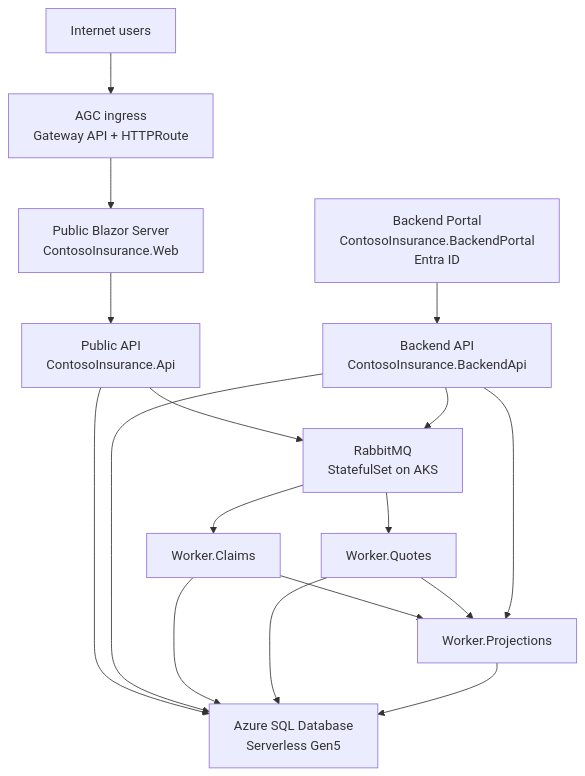
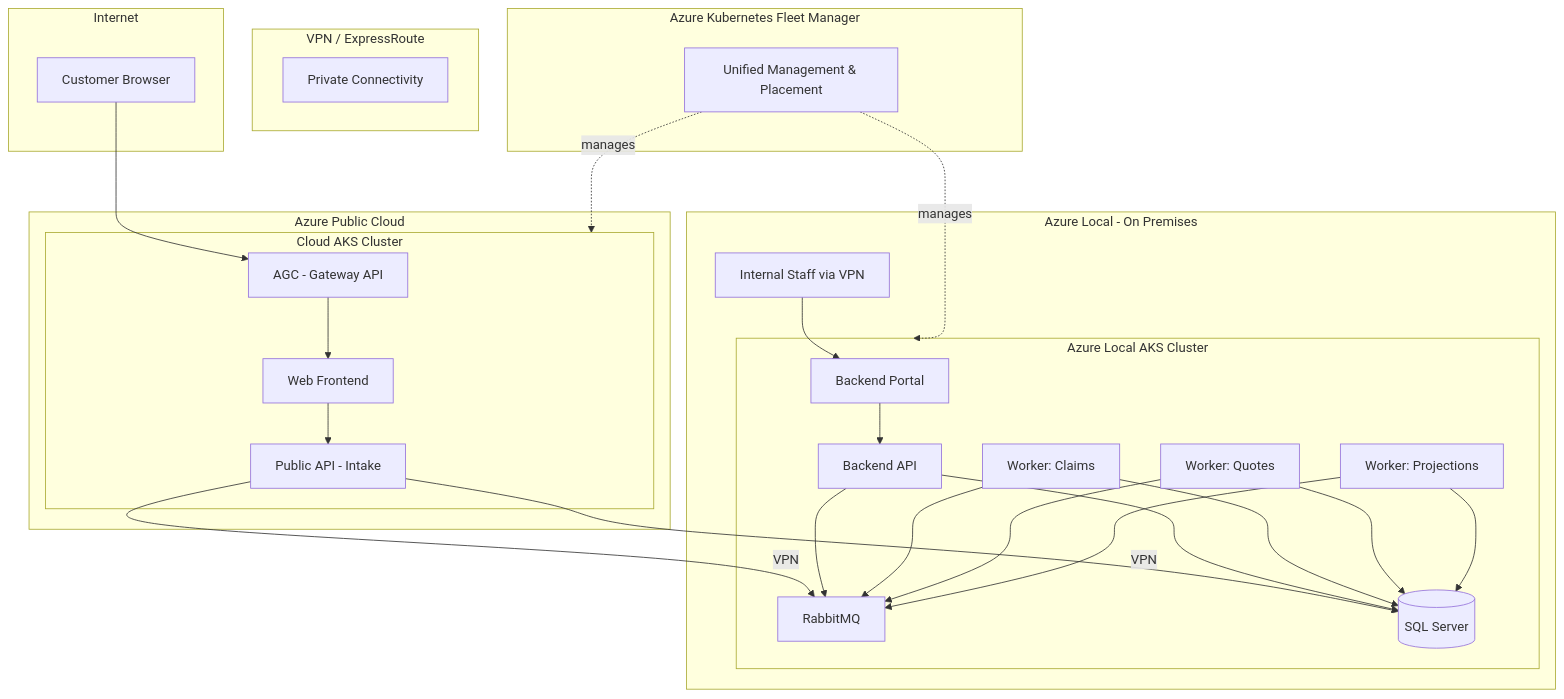
Before and after one commit to EmeaAppGbb/ContosoInsurances-NativeToLocal: the diagram in README.md, drawn with Mermaid. The commit also changed other lines of this file and 17 other files, not shown here.

First line of the commit message:
feat: add local-hybrid branch with Fleet-managed cloud + Azure Local split

````diff
--- a/README.md
+++ b/README.md
@@ -85,31 +30,52 @@
 ```mermaid
-graph TD
-    Internet[Internet users]
-    AGC[AGC ingress\nGateway API + HTTPRoute]
-    Web[Public Blazor Server\nContosoInsurance.Web]
-    PublicApi[Public API\nContosoInsurance.Api]
-    Rabbit[RabbitMQ\nStatefulSet on AKS]
-    Portal[Backend Portal\nContosoInsurance.BackendPortal\nEntra ID]
-    BackendApi[Backend API\nContosoInsurance.BackendApi]
-    Claims[Worker.Claims]
-    Quotes[Worker.Quotes]
-    Projections[Worker.Projections]
-    Sql[Azure SQL Database\nServerless Gen5]
+flowchart TB
+    subgraph Internet
+        User[Customer Browser]
+    end
 
-    Internet --> AGC
-    AGC --> Web
-    Web --> PublicApi
-    PublicApi --> Sql
-    PublicApi --> Rabbit
-    Portal --> BackendApi
-    BackendApi --> Sql
-    BackendApi --> Rabbit
-    Rabbit --> Claims
-    Rabbit --> Quotes
-    Claims --> Sql
-    Quotes --> Sql
-    Claims --> Projections
-    Quotes --> Projections
-    Projections --> Sql
-    BackendApi --> Projections
+    subgraph Azure Public Cloud
+        subgraph CloudAKS[Cloud AKS Cluster]
+            AGC[AGC - Gateway API]
+            WF[Web Frontend]
+            PA[Public API - Intake]
+        end
+    end
+
+    subgraph VPN[VPN / ExpressRoute]
+        direction LR
+        Link[Private Connectivity]
+    end
+
+    subgraph AzureLocal[Azure Local - On Premises]
+        subgraph LocalAKS[Azure Local AKS Cluster]
+            BP[Backend Portal]
+            BA[Backend API]
+            WC[Worker: Claims]
+            WQ[Worker: Quotes]
+            WP[Worker: Projections]
+            RMQ[RabbitMQ]
+            SQL[(SQL Server)]
+        end
+        Staff[Internal Staff via VPN]
+    end
+
+    subgraph Fleet[Azure Kubernetes Fleet Manager]
+        FM[Unified Management & Placement]
+    end
+
+    User --> AGC --> WF --> PA
+    PA -->|VPN| RMQ
+    PA -->|VPN| SQL
+    BA --> RMQ
+    BA --> SQL
+    WC --> RMQ
+    WC --> SQL
+    WQ --> RMQ
+    WQ --> SQL
+    WP --> RMQ
+    WP --> SQL
+    BP --> BA
+    Staff --> BP
+    FM -.->|manages| CloudAKS
+    FM -.->|manages| LocalAKS
 ```
````
